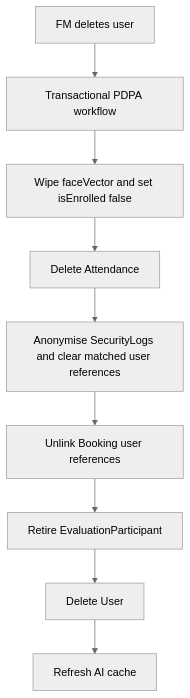
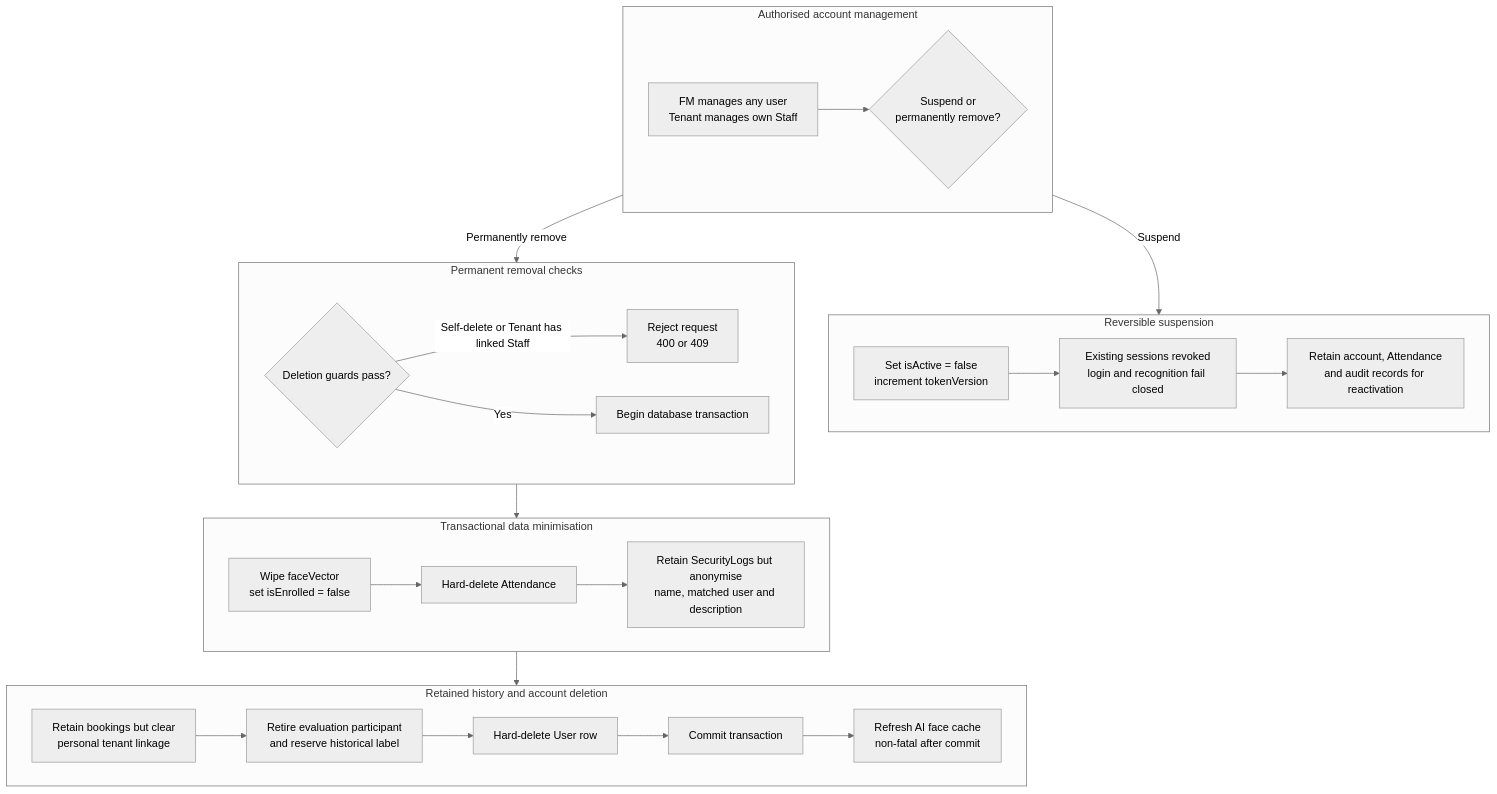
One commit to feliciatanxl/FlowGuard changed the third of 3 diagrams in design/md/facial-recognition-flow.md. Above: the diagram before and after it, drawn with Mermaid (neutral theme). The commit also changed other lines of this file and 26 other files, not shown here.

Commit message:
fix: finalize Incident Analytics lifecycle, redact JWT logs, refresh submission docs and diagrams, and remove unused Gemini manifests

````diff
--- a/design/md/facial-recognition-flow.md
+++ b/design/md/facial-recognition-flow.md
@@ -46,11 +91,33 @@
 ```mermaid
 flowchart TB
-  A[FM deletes user] --> B[Transactional PDPA workflow]
-  B --> C[Wipe faceVector and set isEnrolled false]
-  C --> D[Delete Attendance]
-  D --> E[Anonymise SecurityLogs and clear matched user references]
-  E --> F[Unlink Booking user references]
-  F --> G[Retire EvaluationParticipant]
-  G --> H[Delete User]
-  H --> I[Refresh AI cache]
+  subgraph Choice[Authorised account management]
+    direction LR
+    A[FM manages any user<br/>Tenant manages own Staff] --> B{Suspend or<br/>permanently remove?}
+  end
+  subgraph Suspension[Reversible suspension]
+    direction LR
+    B -->|Suspend| C[Set isActive = false<br/>increment tokenVersion]
+    C --> D[Existing sessions revoked<br/>login and recognition fail closed]
+    D --> E[Retain account, Attendance<br/>and audit records for reactivation]
+  end
+  subgraph DeleteStart[Permanent removal checks]
+    direction LR
+    B -->|Permanently remove| F{Deletion guards pass?}
+    F -->|Self-delete or Tenant has linked Staff| G[Reject request<br/>400 or 409]
+    F -->|Yes| H[Begin database transaction]
+  end
+  subgraph Minimise[Transactional data minimisation]
+    direction LR
+    H --> I[Wipe faceVector<br/>set isEnrolled = false]
+    I --> J[Hard-delete Attendance]
+    J --> K[Retain SecurityLogs but anonymise<br/>name, matched user and description]
+  end
+  subgraph DeleteFinish[Retained history and account deletion]
+    direction LR
+    K --> L[Retain bookings but clear<br/>personal tenant linkage]
+    L --> M[Retire evaluation participant<br/>and reserve historical label]
+    M --> N[Hard-delete User row]
+    N --> O[Commit transaction]
+    O --> P[Refresh AI face cache<br/>non-fatal after commit]
+  end
 ```
````
